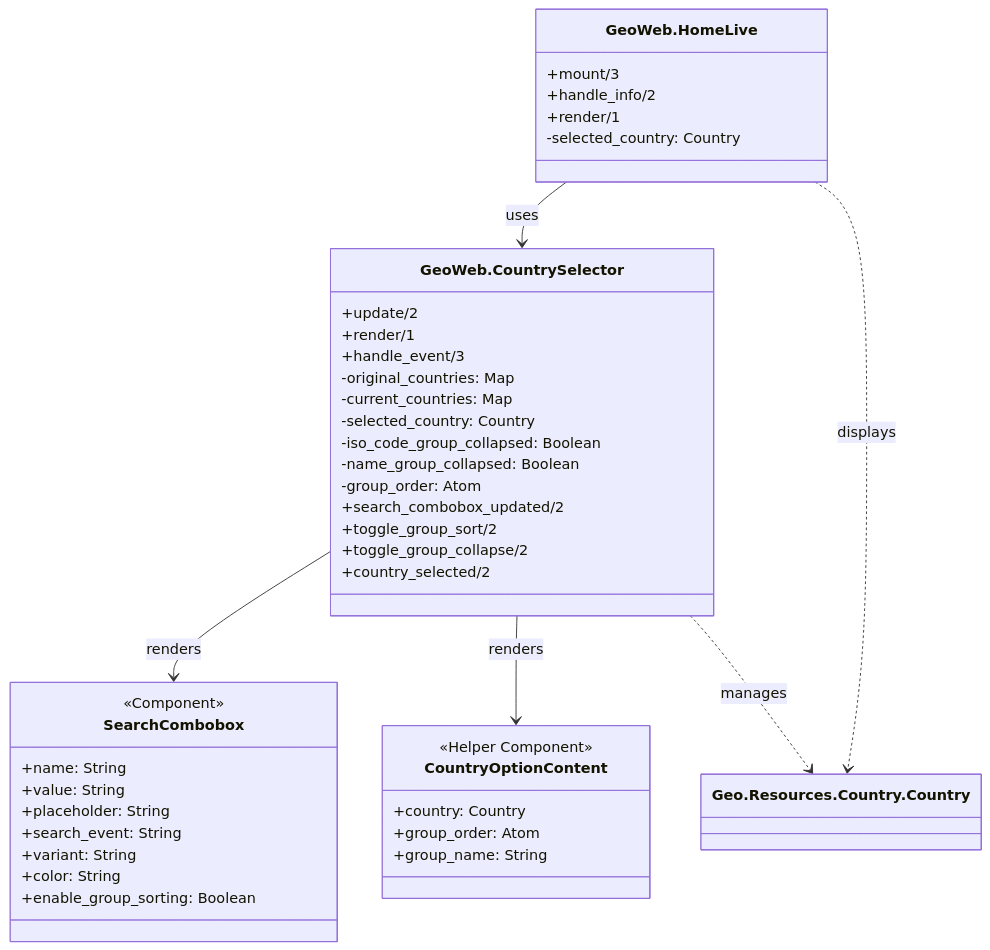
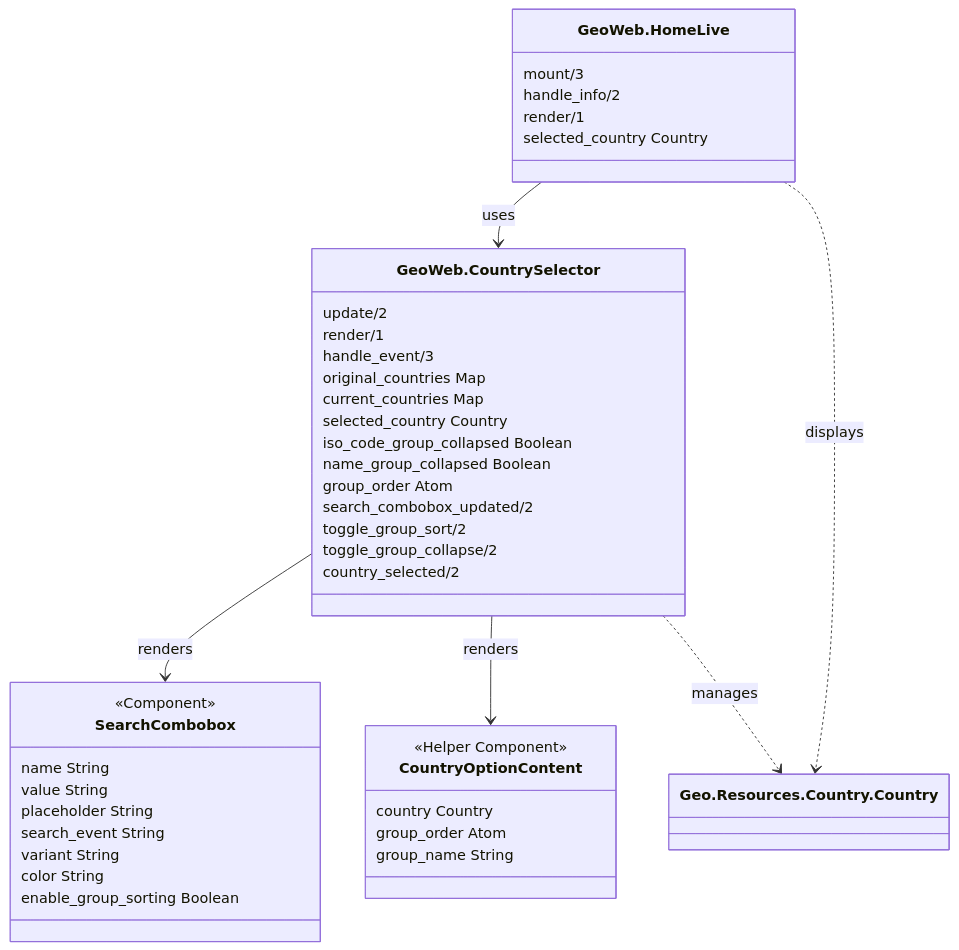
Before and after one commit to dev-guy/geo: the third of 6 diagrams in README.md, drawn with Mermaid. The commit also changed other lines of this file, not shown here.

````diff
--- a/README.md
+++ b/README.md
@@ -203,49 +203,49 @@
 ```mermaid
 classDiagram
     class GeoWeb.HomeLive {
-        +mount/3
-        +handle_info/2
-        +render/1
-        -selected_country: Country
+        mount/3
+        handle_info/2
+        render/1
+        selected_country Country
     }
     
     class GeoWeb.CountrySelector {
-        +update/2
-        +render/1
-        +handle_event/3
-        -original_countries: Map
-        -current_countries: Map
-        -selected_country: Country
-        -iso_code_group_collapsed: Boolean
-        -name_group_collapsed: Boolean
-        -group_order: Atom
-        +search_combobox_updated/2
-        +toggle_group_sort/2
-        +toggle_group_collapse/2
-        +country_selected/2
+        update/2
+        render/1
+        handle_event/3
+        original_countries Map
+        current_countries Map
+        selected_country Country
+        iso_code_group_collapsed Boolean
+        name_group_collapsed Boolean
+        group_order Atom
+        search_combobox_updated/2
+        toggle_group_sort/2
+        toggle_group_collapse/2
+        country_selected/2
     }
     
     class SearchCombobox {
         <<Component>>
-        +name: String
-        +value: String
-        +placeholder: String
-        +search_event: String
-        +variant: String
-        +color: String
-        +enable_group_sorting: Boolean
+        name String
+        value String
+        placeholder String
+        search_event String
+        variant String
+        color String
+        enable_group_sorting Boolean
     }
     
     class CountryOptionContent {
         <<Helper Component>>
-        +country: Country
-        +group_order: Atom
-        +group_name: String
+        country Country
+        group_order Atom
+        group_name String
     }
     
     GeoWeb.HomeLive --> GeoWeb.CountrySelector : uses
     GeoWeb.CountrySelector --> SearchCombobox : renders
     GeoWeb.CountrySelector --> CountryOptionContent : renders
     GeoWeb.HomeLive ..> Geo.Resources.Country.Country : displays
     GeoWeb.CountrySelector ..> Geo.Resources.Country.Country : manages
 ```
````
